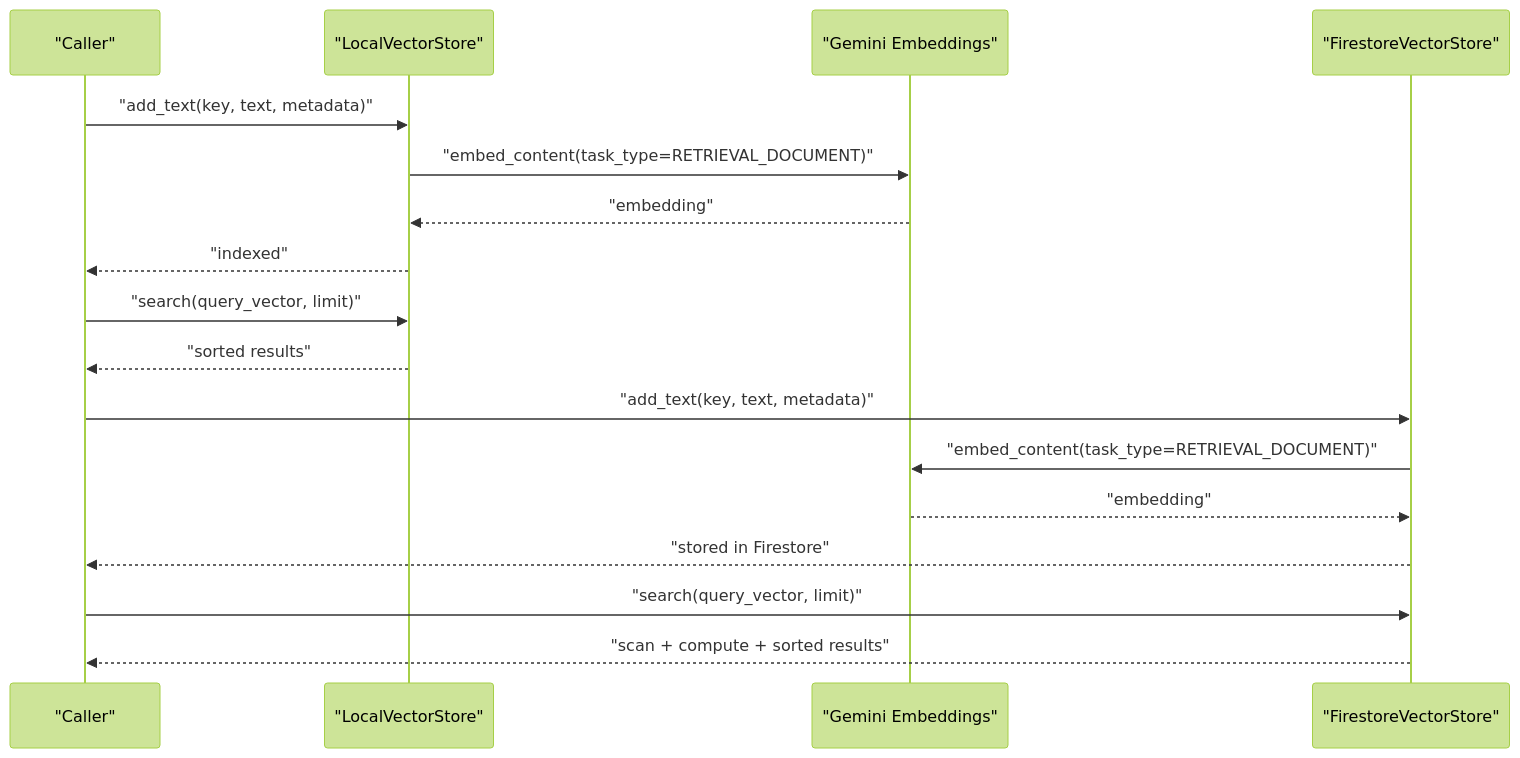
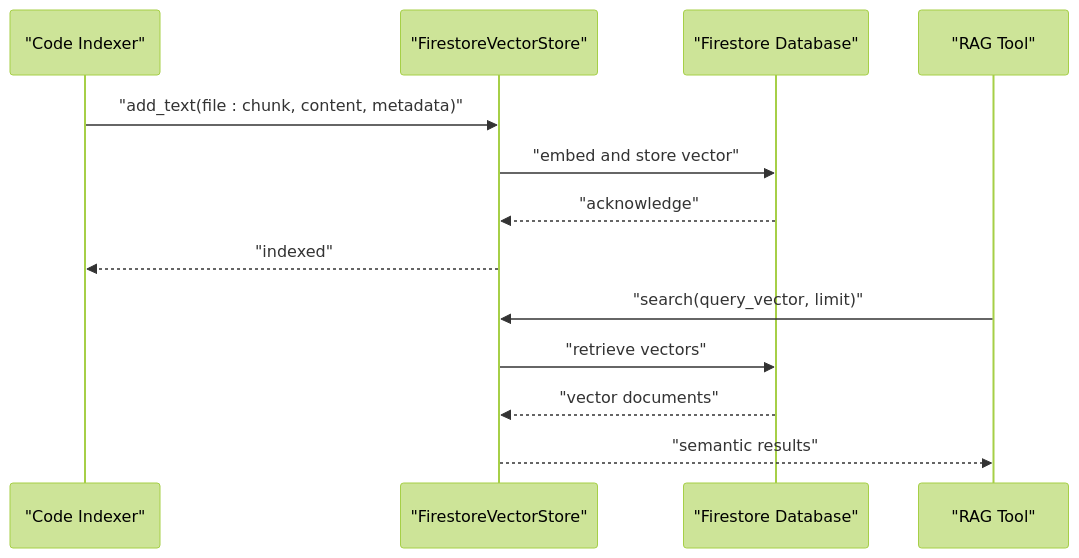
Before and after one commit to Moeabdelaziz007/Aether-Voice-OS: the seventh of 8 diagrams in .qoder/repowiki/en/content/Memory and Persistence/Memory Management.md, drawn with Mermaid (forest theme). The commit also changed other lines of this file and 29 other files, not shown here.

````diff
--- a/.qoder/repowiki/en/content/Memory and Persistence/Memory Management.md
+++ b/.qoder/repowiki/en/content/Memory and Persistence/Memory Management.md
@@ -217,19 +292,15 @@
 ```mermaid
 sequenceDiagram
-participant Client as "Caller"
-participant LVS as "LocalVectorStore"
-participant GEM as "Gemini Embeddings"
+participant CI as "Code Indexer"
 participant FVS as "FirestoreVectorStore"
-Client->>LVS : "add_text(key, text, metadata)"
-LVS->>GEM : "embed_content(task_type=RETRIEVAL_DOCUMENT)"
-GEM-->>LVS : "embedding"
-LVS-->>Client : "indexed"
-Client->>LVS : "search(query_vector, limit)"
-LVS-->>Client : "sorted results"
-Client->>FVS : "add_text(key, text, metadata)"
-FVS->>GEM : "embed_content(task_type=RETRIEVAL_DOCUMENT)"
-GEM-->>FVS : "embedding"
-FVS-->>Client : "stored in Firestore"
-Client->>FVS : "search(query_vector, limit)"
-FVS-->>Client : "scan + compute + sorted results"
+participant FS as "Firestore Database"
+participant RT as "RAG Tool"
+CI->>FVS : "add_text(file : chunk, content, metadata)"
+FVS->>FS : "embed and store vector"
+FS-->>FVS : "acknowledge"
+FVS-->>CI : "indexed"
+RT->>FVS : "search(query_vector, limit)"
+FVS->>FS : "retrieve vectors"
+FS-->>FVS : "vector documents"
+FVS-->>RT : "semantic results"
 ```
````
